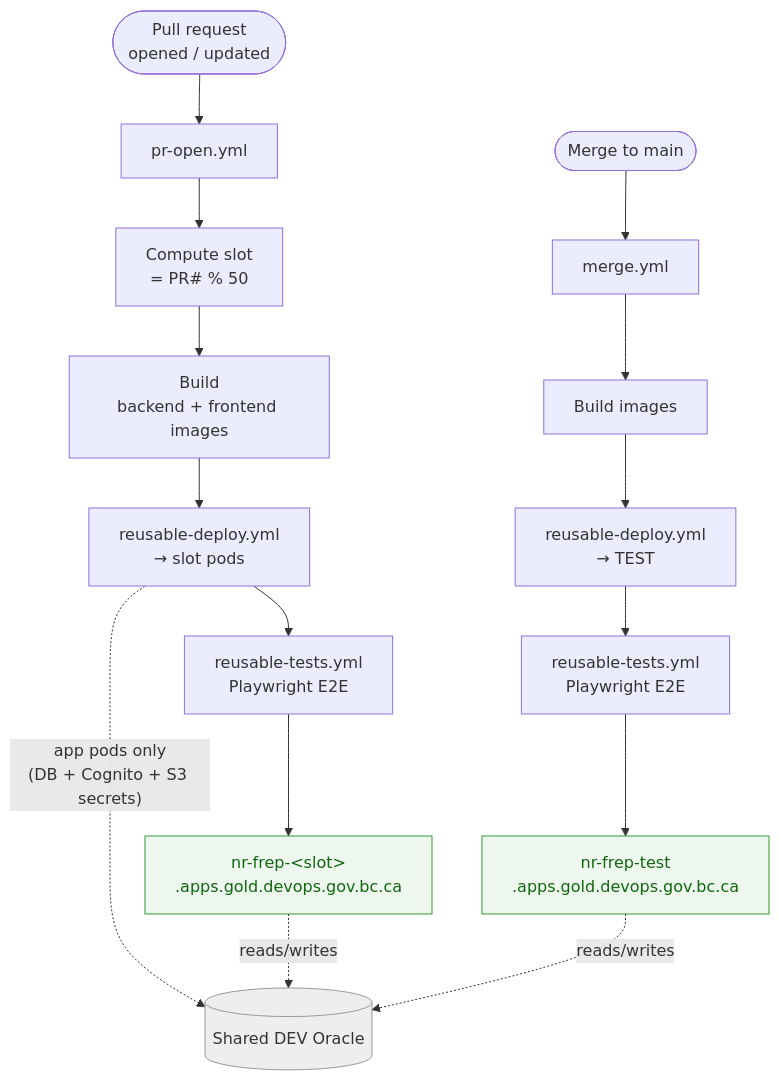
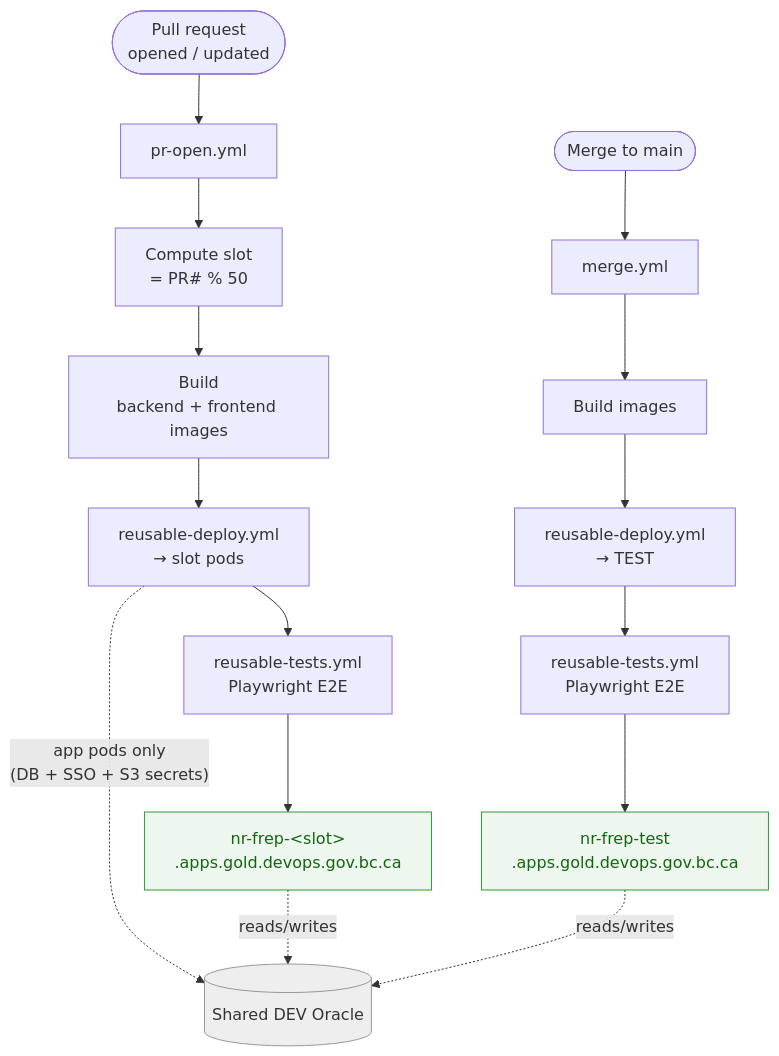
Before and after one commit to bcgov/nr-frep: the diagram in docs/deployment.md, drawn with Mermaid. The commit also changed other lines of this file and 89 other files, not shown here.

````diff
--- a/docs/deployment.md
+++ b/docs/deployment.md
@@ -41,26 +45,26 @@
 ```mermaid
 flowchart TD
     pr(["Pull request<br/>opened / updated"]) --> open["pr-open.yml"]
     merge(["Merge to main"]) --> mrg["merge.yml"]
 
     open --> slot["Compute slot<br/>= PR# % 50"]
     slot --> build1["Build<br/>backend + frontend images"]
     build1 --> dep1["reusable-deploy.yml<br/>→ slot pods"]
     dep1 --> test1["reusable-tests.yml<br/>Playwright E2E"]
     test1 --> url1["nr-frep-&lt;slot&gt;<br/>.apps.gold.devops.gov.bc.ca"]
 
     mrg --> build2["Build images"]
     build2 --> dep2["reusable-deploy.yml<br/>→ TEST"]
     dep2 --> test2["reusable-tests.yml<br/>Playwright E2E"]
     test2 --> url2["nr-frep-test<br/>.apps.gold.devops.gov.bc.ca"]
 
     db[("Shared DEV Oracle")]
-    dep1 -. "app pods only<br/>(DB + Cognito + S3 secrets)" .-> db
+    dep1 -. "app pods only<br/>(DB + SSO + S3 secrets)" .-> db
     url1 -. reads/writes .-> db
     url2 -. reads/writes .-> db
 
     classDef target fill:#eef7ee,stroke:#393,color:#161;
     classDef store fill:#eee,stroke:#999,color:#333;
     class url1,url2 target;
     class db store;
 ```
````
